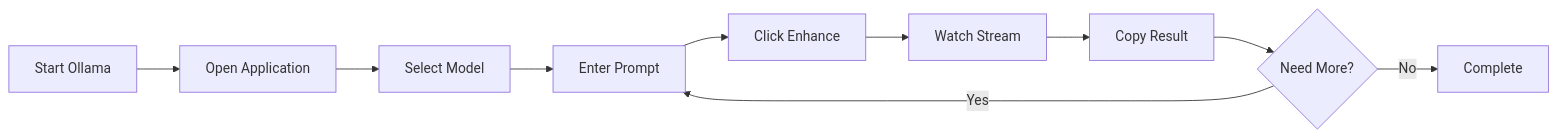
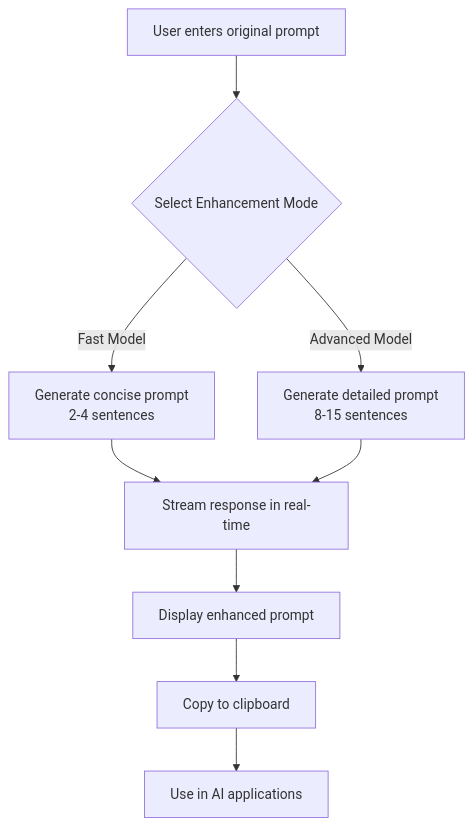
One commit to xsukax/xsukax-Ollama-AI-Prompt-Generator changed the first of 3 diagrams in README.md. Above: the diagram before and after it, drawn with Mermaid. The commit also changed other lines of this file, not shown here.

````diff
--- a/README.md
+++ b/README.md
@@ -182,12 +191,11 @@
 ```mermaid
-graph LR
-    A[Start Ollama] --> B[Open Application]
-    B --> C[Select Model]
-    C --> D[Enter Prompt]
-    D --> E[Click Enhance]
-    E --> F[Watch Stream]
-    F --> G[Copy Result]
-    G --> H{Need More?}
-    H -->|Yes| D
-    H -->|No| I[Complete]
+flowchart TD
+    A[User enters original prompt] --> B{Select Enhancement Mode}
+    B -->|Fast Model| C[Generate concise prompt<br/>2-4 sentences]
+    B -->|Advanced Model| D[Generate detailed prompt<br/>8-15 sentences]
+    C --> E[Stream response in real-time]
+    D --> E
+    E --> F[Display enhanced prompt]
+    F --> G[Copy to clipboard]
+    G --> H[Use in AI applications]
 ```
````
